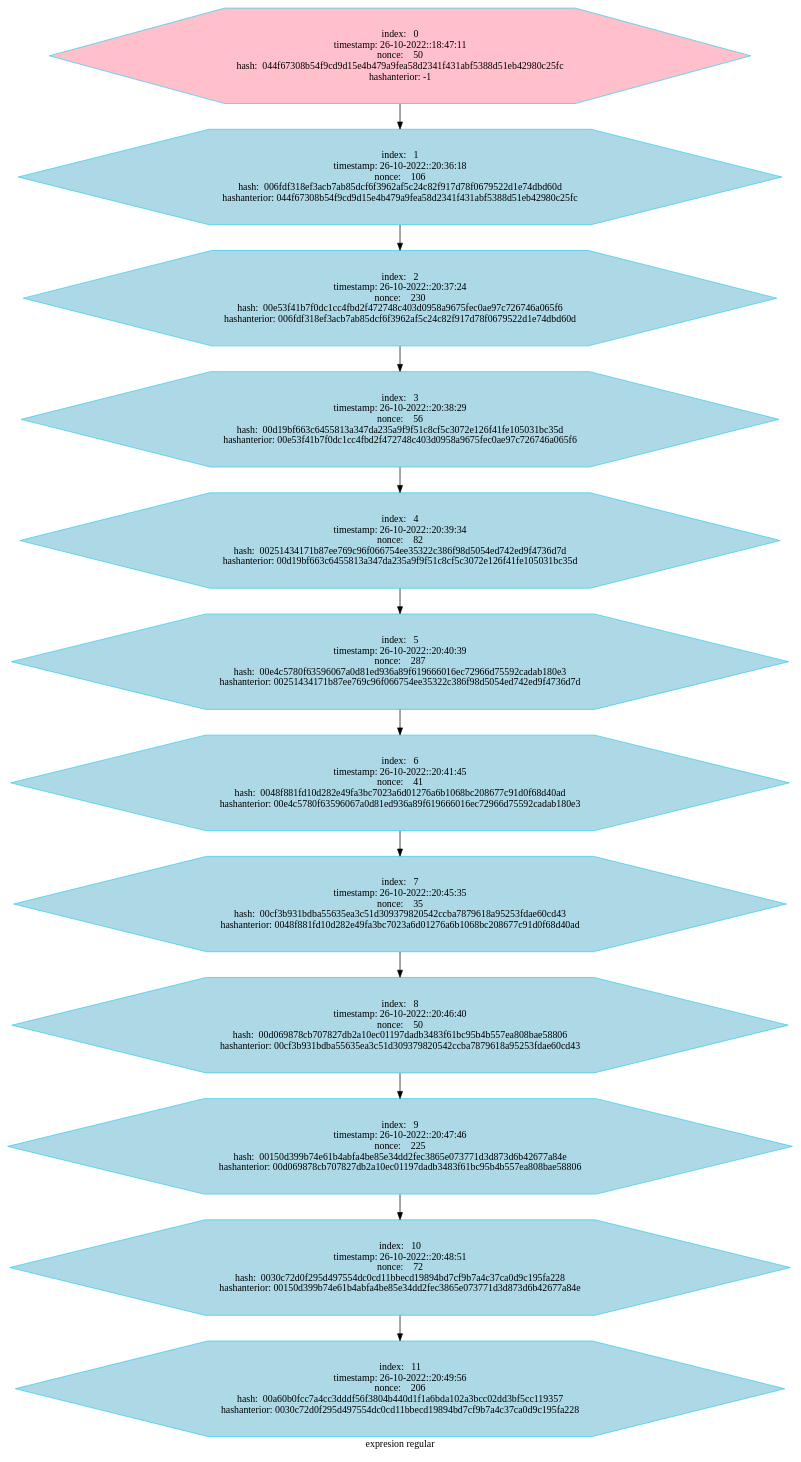
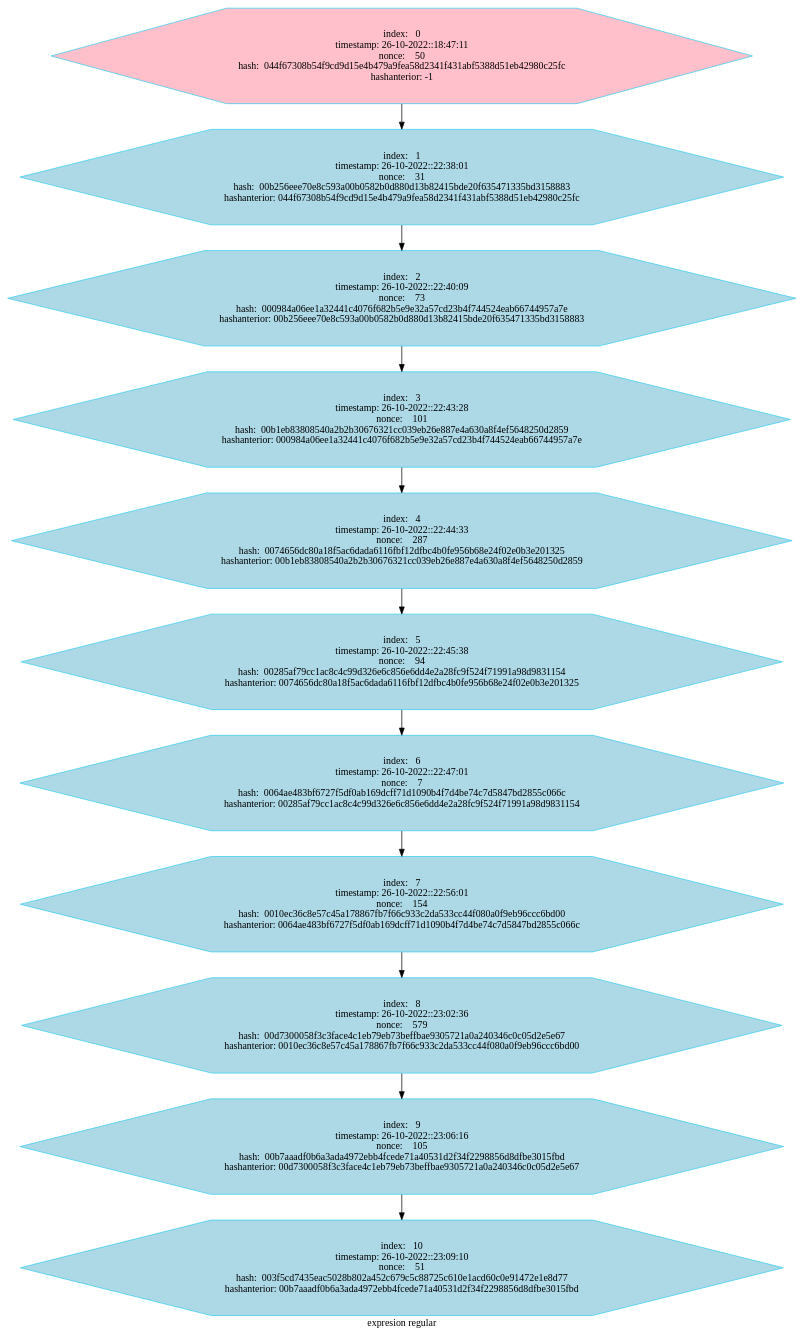
One commit to betebetoven/EDDS2F2 changed the diagram in BLOCKCHAIN.dot. Above: the diagram before and after it, drawn with Graphviz. The commit also changed 27 other files, not shown here.

```diff
--- a/BLOCKCHAIN.dot
+++ b/BLOCKCHAIN.dot
@@ -1,168 +1,154 @@
 digraph G
 {label="expresion regular"
         node[shape = hexagon]
         node[style = filled]
         node[fillcolor = "#EEEEE"]
         node[color = "#EEEEE"]
         node[color = "#31CEF0"]
 
 "index:   0
 timestamp: 26-10-2022::18:47:11
 nonce:    50
 hash:  044f67308b54f9cd9d15e4b479a9fea58d2341f431abf5388d51eb42980c25fc
 hashanterior: -1"->"index:   1
-timestamp: 26-10-2022::20:36:18
-nonce:    106
-hash:  006fdf318ef3acb7ab85dcf6f3962af5c24c82f917d78f0679522d1e74dbd60d
+timestamp: 26-10-2022::22:38:01
+nonce:    31
+hash:  00b256eee70e8c593a00b0582b0d880d13b82415bde20f635471335bd3158883
 hashanterior: 044f67308b54f9cd9d15e4b479a9fea58d2341f431abf5388d51eb42980c25fc"
 "index:   1
-timestamp: 26-10-2022::20:36:18
-nonce:    106
-hash:  006fdf318ef3acb7ab85dcf6f3962af5c24c82f917d78f0679522d1e74dbd60d
+timestamp: 26-10-2022::22:38:01
+nonce:    31
+hash:  00b256eee70e8c593a00b0582b0d880d13b82415bde20f635471335bd3158883
 hashanterior: 044f67308b54f9cd9d15e4b479a9fea58d2341f431abf5388d51eb42980c25fc"->"index:   2
-timestamp: 26-10-2022::20:37:24
-nonce:    230
-hash:  00e53f41b7f0dc1cc4fbd2f472748c403d0958a9675fec0ae97c726746a065f6
-hashanterior: 006fdf318ef3acb7ab85dcf6f3962af5c24c82f917d78f0679522d1e74dbd60d"
+timestamp: 26-10-2022::22:40:09
+nonce:    73
+hash:  000984a06ee1a32441c4076f682b5e9e32a57cd23b4f744524eab66744957a7e
+hashanterior: 00b256eee70e8c593a00b0582b0d880d13b82415bde20f635471335bd3158883"
 "index:   2
-timestamp: 26-10-2022::20:37:24
-nonce:    230
-hash:  00e53f41b7f0dc1cc4fbd2f472748c403d0958a9675fec0ae97c726746a065f6
-hashanterior: 006fdf318ef3acb7ab85dcf6f3962af5c24c82f917d78f0679522d1e74dbd60d"->"index:   3
-timestamp: 26-10-2022::20:38:29
-nonce:    56
-hash:  00d19bf663c6455813a347da235a9f9f51c8cf5c3072e126f41fe105031bc35d
-hashanterior: 00e53f41b7f0dc1cc4fbd2f472748c403d0958a9675fec0ae97c726746a065f6"
+timestamp: 26-10-2022::22:40:09
+nonce:    73
+hash:  000984a06ee1a32441c4076f682b5e9e32a57cd23b4f744524eab66744957a7e
+hashanterior: 00b256eee70e8c593a00b0582b0d880d13b82415bde20f635471335bd3158883"->"index:   3
+timestamp: 26-10-2022::22:43:28
+nonce:    101
+hash:  00b1eb83808540a2b2b30676321cc039eb26e887e4a630a8f4ef5648250d2859
+hashanterior: 000984a06ee1a32441c4076f682b5e9e32a57cd23b4f744524eab66744957a7e"
 "index:   3
-timestamp: 26-10-2022::20:38:29
-nonce:    56
-hash:  00d19bf663c6455813a347da235a9f9f51c8cf5c3072e126f41fe105031bc35d
-hashanterior: 00e53f41b7f0dc1cc4fbd2f472748c403d0958a9675fec0ae97c726746a065f6"->"index:   4
-timestamp: 26-10-2022::20:39:34
-nonce:    82
-hash:  00251434171b87ee769c96f066754ee35322c386f98d5054ed742ed9f4736d7d
-hashanterior: 00d19bf663c6455813a347da235a9f9f51c8cf5c3072e126f41fe105031bc35d"
+timestamp: 26-10-2022::22:43:28
+nonce:    101
+hash:  00b1eb83808540a2b2b30676321cc039eb26e887e4a630a8f4ef5648250d2859
+hashanterior: 000984a06ee1a32441c4076f682b5e9e32a57cd23b4f744524eab66744957a7e"->"index:   4
+timestamp: 26-10-2022::22:44:33
+nonce:    287
+hash:  0074656dc80a18f5ac6dada6116fbf12dfbc4b0fe956b68e24f02e0b3e201325
+hashanterior: 00b1eb83808540a2b2b30676321cc039eb26e887e4a630a8f4ef5648250d2859"
 "index:   4
-timestamp: 26-10-2022::20:39:34
-nonce:    82
-hash:  00251434171b87ee769c96f066754ee35322c386f98d5054ed742ed9f4736d7d
-hashanterior: 00d19bf663c6455813a347da235a9f9f51c8cf5c3072e126f41fe105031bc35d"->"index:   5
-timestamp: 26-10-2022::20:40:39
+timestamp: 26-10-2022::22:44:33
 nonce:    287
-hash:  00e4c5780f63596067a0d81ed936a89f619666016ec72966d75592cadab180e3
-hashanterior: 00251434171b87ee769c96f066754ee35322c386f98d5054ed742ed9f4736d7d"
+hash:  0074656dc80a18f5ac6dada6116fbf12dfbc4b0fe956b68e24f02e0b3e201325
+hashanterior: 00b1eb83808540a2b2b30676321cc039eb26e887e4a630a8f4ef5648250d2859"->"index:   5
+timestamp: 26-10-2022::22:45:38
+nonce:    94
+hash:  00285af79cc1ac8c4c99d326e6c856e6dd4e2a28fc9f524f71991a98d9831154
+hashanterior: 0074656dc80a18f5ac6dada6116fbf12dfbc4b0fe956b68e24f02e0b3e201325"
 "index:   5
-timestamp: 26-10-2022::20:40:39
-nonce:    287
-hash:  00e4c5780f63596067a0d81ed936a89f619666016ec72966d75592cadab180e3
-hashanterior: 00251434171b87ee769c96f066754ee35322c386f98d5054ed742ed9f4736d7d"->"index:   6
-timestamp: 26-10-2022::20:41:45
-nonce:    41
-hash:  0048f881fd10d282e49fa3bc7023a6d01276a6b1068bc208677c91d0f68d40ad
-hashanterior: 00e4c5780f63596067a0d81ed936a89f619666016ec72966d75592cadab180e3"
+timestamp: 26-10-2022::22:45:38
+nonce:    94
+hash:  00285af79cc1ac8c4c99d326e6c856e6dd4e2a28fc9f524f71991a98d9831154
+hashanterior: 0074656dc80a18f5ac6dada6116fbf12dfbc4b0fe956b68e24f02e0b3e201325"->"index:   6
+timestamp: 26-10-2022::22:47:01
+nonce:    7
+hash:  0064ae483bf6727f5df0ab169dcff71d1090b4f7d4be74c7d5847bd2855c066c
+hashanterior: 00285af79cc1ac8c4c99d326e6c856e6dd4e2a28fc9f524f71991a98d9831154"
 "index:   6
-timestamp: 26-10-2022::20:41:45
-nonce:    41
-hash:  0048f881fd10d282e49fa3bc7023a6d01276a6b1068bc208677c91d0f68d40ad
-hashanterior: 00e4c5780f63596067a0d81ed936a89f619666016ec72966d75592cadab180e3"->"index:   7
-timestamp: 26-10-2022::20:45:35
-nonce:    35
-hash:  00cf3b931bdba55635ea3c51d309379820542ccba7879618a95253fdae60cd43
-hashanterior: 0048f881fd10d282e49fa3bc7023a6d01276a6b1068bc208677c91d0f68d40ad"
+timestamp: 26-10-2022::22:47:01
+nonce:    7
+hash:  0064ae483bf6727f5df0ab169dcff71d1090b4f7d4be74c7d5847bd2855c066c
+hashanterior: 00285af79cc1ac8c4c99d326e6c856e6dd4e2a28fc9f524f71991a98d9831154"->"index:   7
+timestamp: 26-10-2022::22:56:01
+nonce:    154
+hash:  0010ec36c8e57c45a178867fb7f66c933c2da533cc44f080a0f9eb96ccc6bd00
+hashanterior: 0064ae483bf6727f5df0ab169dcff71d1090b4f7d4be74c7d5847bd2855c066c"
 "index:   7
-timestamp: 26-10-2022::20:45:35
-nonce:    35
-hash:  00cf3b931bdba55635ea3c51d309379820542ccba7879618a95253fdae60cd43
-hashanterior: 0048f881fd10d282e49fa3bc7023a6d01276a6b1068bc208677c91d0f68d40ad"->"index:   8
-timestamp: 26-10-2022::20:46:40
-nonce:    50
-hash:  00d069878cb707827db2a10ec01197dadb3483f61bc95b4b557ea808bae58806
-hashanterior: 00cf3b931bdba55635ea3c51d309379820542ccba7879618a95253fdae60cd43"
+timestamp: 26-10-2022::22:56:01
+nonce:    154
+hash:  0010ec36c8e57c45a178867fb7f66c933c2da533cc44f080a0f9eb96ccc6bd00
+hashanterior: 0064ae483bf6727f5df0ab169dcff71d1090b4f7d4be74c7d5847bd2855c066c"->"index:   8
+timestamp: 26-10-2022::23:02:36
+nonce:    579
+hash:  00d7300058f3c3face4c1eb79eb73beffbae9305721a0a240346c0c05d2e5e67
+hashanterior: 0010ec36c8e57c45a178867fb7f66c933c2da533cc44f080a0f9eb96ccc6bd00"
 "index:   8
-timestamp: 26-10-2022::20:46:40
-nonce:    50
-hash:  00d069878cb707827db2a10ec01197dadb3483f61bc95b4b557ea808bae58806
-hashanterior: 00cf3b931bdba55635ea3c51d309379820542ccba7879618a95253fdae60cd43"->"index:   9
-timestamp: 26-10-2022::20:47:46
-nonce:    225
-hash:  00150d399b74e61b4abfa4be85e34dd2fec3865e073771d3d873d6b42677a84e
-hashanterior: 00d069878cb707827db2a10ec01197dadb3483f61bc95b4b557ea808bae58806"
+timestamp: 26-10-2022::23:02:36
+nonce:    579
+hash:  00d7300058f3c3face4c1eb79eb73beffbae9305721a0a240346c0c05d2e5e67
+hashanterior: 0010ec36c8e57c45a178867fb7f66c933c2da533cc44f080a0f9eb96ccc6bd00"->"index:   9
+timestamp: 26-10-2022::23:06:16
+nonce:    105
+hash:  00b7aaadf0b6a3ada4972ebb4fcede71a40531d2f34f2298856d8dfbe3015fbd
+hashanterior: 00d7300058f3c3face4c1eb79eb73beffbae9305721a0a240346c0c05d2e5e67"
 "index:   9
-timestamp: 26-10-2022::20:47:46
-nonce:    225
-hash:  00150d399b74e61b4abfa4be85e34dd2fec3865e073771d3d873d6b42677a84e
-hashanterior: 00d069878cb707827db2a10ec01197dadb3483f61bc95b4b557ea808bae58806"->"index:   10
-timestamp: 26-10-2022::20:48:51
-nonce:    72
-hash:  0030c72d0f295d497554dc0cd11bbecd19894bd7cf9b7a4c37ca0d9c195fa228
-hashanterior: 00150d399b74e61b4abfa4be85e34dd2fec3865e073771d3d873d6b42677a84e"
-"index:   10
-timestamp: 26-10-2022::20:48:51
-nonce:    72
-hash:  0030c72d0f295d497554dc0cd11bbecd19894bd7cf9b7a4c37ca0d9c195fa228
-hashanterior: 00150d399b74e61b4abfa4be85e34dd2fec3865e073771d3d873d6b42677a84e"->"index:   11
-timestamp: 26-10-2022::20:49:56
-nonce:    206
-hash:  00a60b0fcc7a4cc3dddf56f3804b440d1f1a6bda102a3bcc02dd3bf5cc119357
-hashanterior: 0030c72d0f295d497554dc0cd11bbecd19894bd7cf9b7a4c37ca0d9c195fa228"
+timestamp: 26-10-2022::23:06:16
+nonce:    105
+hash:  00b7aaadf0b6a3ada4972ebb4fcede71a40531d2f34f2298856d8dfbe3015fbd
+hashanterior: 00d7300058f3c3face4c1eb79eb73beffbae9305721a0a240346c0c05d2e5e67"->"index:   10
+timestamp: 26-10-2022::23:09:10
+nonce:    51
+hash:  003f5cd7435eac5028b802a452c679c5c88725c610e1acd60c0e91472e1e8d77
+hashanterior: 00b7aaadf0b6a3ada4972ebb4fcede71a40531d2f34f2298856d8dfbe3015fbd"
 "index:   0
 timestamp: 26-10-2022::18:47:11
 nonce:    50
 hash:  044f67308b54f9cd9d15e4b479a9fea58d2341f431abf5388d51eb42980c25fc
 hashanterior: -1"[fillcolor="pink"]
 "index:   1
-timestamp: 26-10-2022::20:36:18
-nonce:    106
-hash:  006fdf318ef3acb7ab85dcf6f3962af5c24c82f917d78f0679522d1e74dbd60d
+timestamp: 26-10-2022::22:38:01
+nonce:    31
+hash:  00b256eee70e8c593a00b0582b0d880d13b82415bde20f635471335bd3158883
 hashanterior: 044f67308b54f9cd9d15e4b479a9fea58d2341f431abf5388d51eb42980c25fc"[fillcolor="lightblue"]
 "index:   2
-timestamp: 26-10-2022::20:37:24
-nonce:    230
-hash:  00e53f41b7f0dc1cc4fbd2f472748c403d0958a9675fec0ae97c726746a065f6
-hashanterior: 006fdf318ef3acb7ab85dcf6f3962af5c24c82f917d78f0679522d1e74dbd60d"[fillcolor="lightblue"]
+timestamp: 26-10-2022::22:40:09
+nonce:    73
+hash:  000984a06ee1a32441c4076f682b5e9e32a57cd23b4f744524eab66744957a7e
+hashanterior: 00b256eee70e8c593a00b0582b0d880d13b82415bde20f635471335bd3158883"[fillcolor="lightblue"]
 "index:   3
-timestamp: 26-10-2022::20:38:29
-nonce:    56
-hash:  00d19bf663c6455813a347da235a9f9f51c8cf5c3072e126f41fe105031bc35d
-hashanterior: 00e53f41b7f0dc1cc4fbd2f472748c403d0958a9675fec0ae97c726746a065f6"[fillcolor="lightblue"]
+timestamp: 26-10-2022::22:43:28
+nonce:    101
+hash:  00b1eb83808540a2b2b30676321cc039eb26e887e4a630a8f4ef5648250d2859
+hashanterior: 000984a06ee1a32441c4076f682b5e9e32a57cd23b4f744524eab66744957a7e"[fillcolor="lightblue"]
 "index:   4
-timestamp: 26-10-2022::20:39:34
-nonce:    82
-hash:  00251434171b87ee769c96f066754ee35322c386f98d5054ed742ed9f4736d7d
-hashanterior: 00d19bf663c6455813a347da235a9f9f51c8cf5c3072e126f41fe105031bc35d"[fillcolor="lightblue"]
+timestamp: 26-10-2022::22:44:33
+nonce:    287
+hash:  0074656dc80a18f5ac6dada6116fbf12dfbc4b0fe956b68e24f02e0b3e201325
+hashanterior: 00b1eb83808540a2b2b30676321cc039eb26e887e4a630a8f4ef5648250d2859"[fillcolor="lightblue"]
 "index:   5
-timestamp: 26-10-2022::20:40:39
-nonce:    287
-hash:  00e4c5780f63596067a0d81ed936a89f619666016ec72966d75592cadab180e3
-hashanterior: 00251434171b87ee769c96f066754ee35322c386f98d5054ed742ed9f4736d7d"[fillcolor="lightblue"]
+timestamp: 26-10-2022::22:45:38
+nonce:    94
+hash:  00285af79cc1ac8c4c99d326e6c856e6dd4e2a28fc9f524f71991a98d9831154
+hashanterior: 0074656dc80a18f5ac6dada6116fbf12dfbc4b0fe956b68e24f02e0b3e201325"[fillcolor="lightblue"]
 "index:   6
-timestamp: 26-10-2022::20:41:45
-nonce:    41
-hash:  0048f881fd10d282e49fa3bc7023a6d01276a6b1068bc208677c91d0f68d40ad
-hashanterior: 00e4c5780f63596067a0d81ed936a89f619666016ec72966d75592cadab180e3"[fillcolor="lightblue"]
+timestamp: 26-10-2022::22:47:01
+nonce:    7
+hash:  0064ae483bf6727f5df0ab169dcff71d1090b4f7d4be74c7d5847bd2855c066c
+hashanterior: 00285af79cc1ac8c4c99d326e6c856e6dd4e2a28fc9f524f71991a98d9831154"[fillcolor="lightblue"]
 "index:   7
-timestamp: 26-10-2022::20:45:35
-nonce:    35
-hash:  00cf3b931bdba55635ea3c51d309379820542ccba7879618a95253fdae60cd43
-hashanterior: 0048f881fd10d282e49fa3bc7023a6d01276a6b1068bc208677c91d0f68d40ad"[fillcolor="lightblue"]
+timestamp: 26-10-2022::22:56:01
+nonce:    154
+hash:  0010ec36c8e57c45a178867fb7f66c933c2da533cc44f080a0f9eb96ccc6bd00
+hashanterior: 0064ae483bf6727f5df0ab169dcff71d1090b4f7d4be74c7d5847bd2855c066c"[fillcolor="lightblue"]
 "index:   8
-timestamp: 26-10-2022::20:46:40
-nonce:    50
-hash:  00d069878cb707827db2a10ec01197dadb3483f61bc95b4b557ea808bae58806
-hashanterior: 00cf3b931bdba55635ea3c51d309379820542ccba7879618a95253fdae60cd43"[fillcolor="lightblue"]
+timestamp: 26-10-2022::23:02:36
+nonce:    579
+hash:  00d7300058f3c3face4c1eb79eb73beffbae9305721a0a240346c0c05d2e5e67
+hashanterior: 0010ec36c8e57c45a178867fb7f66c933c2da533cc44f080a0f9eb96ccc6bd00"[fillcolor="lightblue"]
 "index:   9
-timestamp: 26-10-2022::20:47:46
-nonce:    225
-hash:  00150d399b74e61b4abfa4be85e34dd2fec3865e073771d3d873d6b42677a84e
-hashanterior: 00d069878cb707827db2a10ec01197dadb3483f61bc95b4b557ea808bae58806"[fillcolor="lightblue"]
+timestamp: 26-10-2022::23:06:16
+nonce:    105
+hash:  00b7aaadf0b6a3ada4972ebb4fcede71a40531d2f34f2298856d8dfbe3015fbd
+hashanterior: 00d7300058f3c3face4c1eb79eb73beffbae9305721a0a240346c0c05d2e5e67"[fillcolor="lightblue"]
 "index:   10
-timestamp: 26-10-2022::20:48:51
-nonce:    72
-hash:  0030c72d0f295d497554dc0cd11bbecd19894bd7cf9b7a4c37ca0d9c195fa228
-hashanterior: 00150d399b74e61b4abfa4be85e34dd2fec3865e073771d3d873d6b42677a84e"[fillcolor="lightblue"]
-"index:   11
-timestamp: 26-10-2022::20:49:56
-nonce:    206
-hash:  00a60b0fcc7a4cc3dddf56f3804b440d1f1a6bda102a3bcc02dd3bf5cc119357
-hashanterior: 0030c72d0f295d497554dc0cd11bbecd19894bd7cf9b7a4c37ca0d9c195fa228"[fillcolor="lightblue"]
+timestamp: 26-10-2022::23:09:10
+nonce:    51
+hash:  003f5cd7435eac5028b802a452c679c5c88725c610e1acd60c0e91472e1e8d77
+hashanterior: 00b7aaadf0b6a3ada4972ebb4fcede71a40531d2f34f2298856d8dfbe3015fbd"[fillcolor="lightblue"]
 }
```
